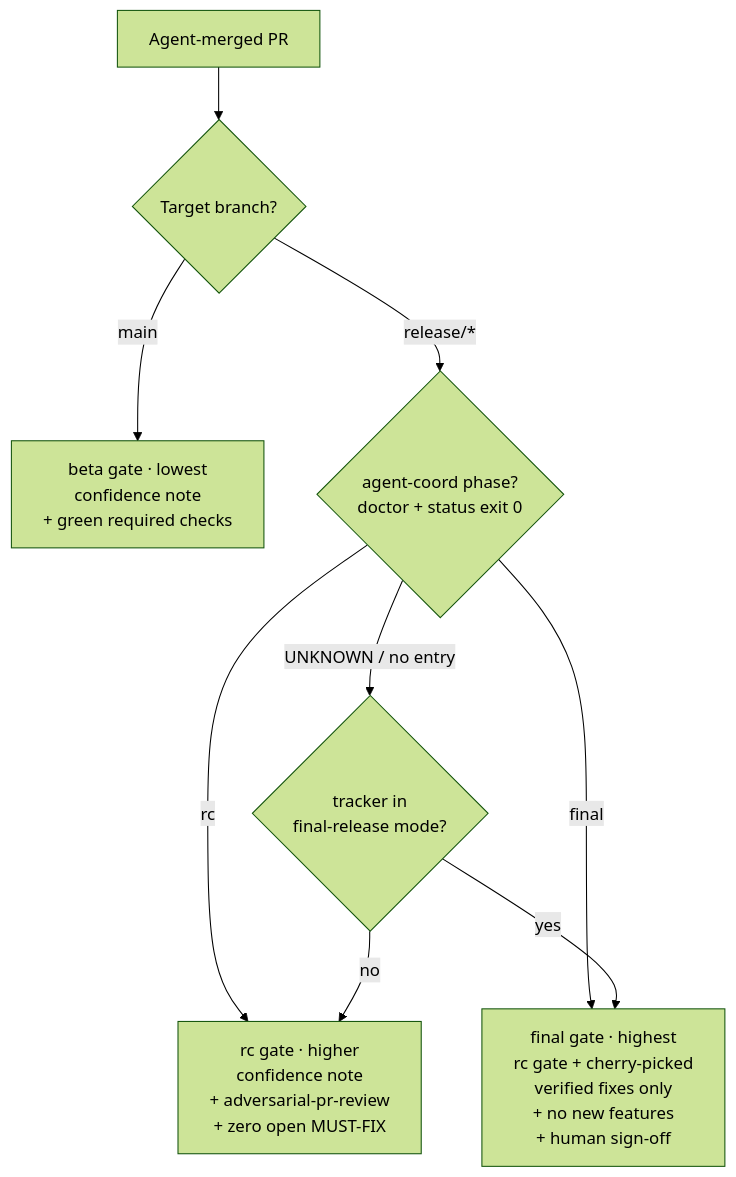
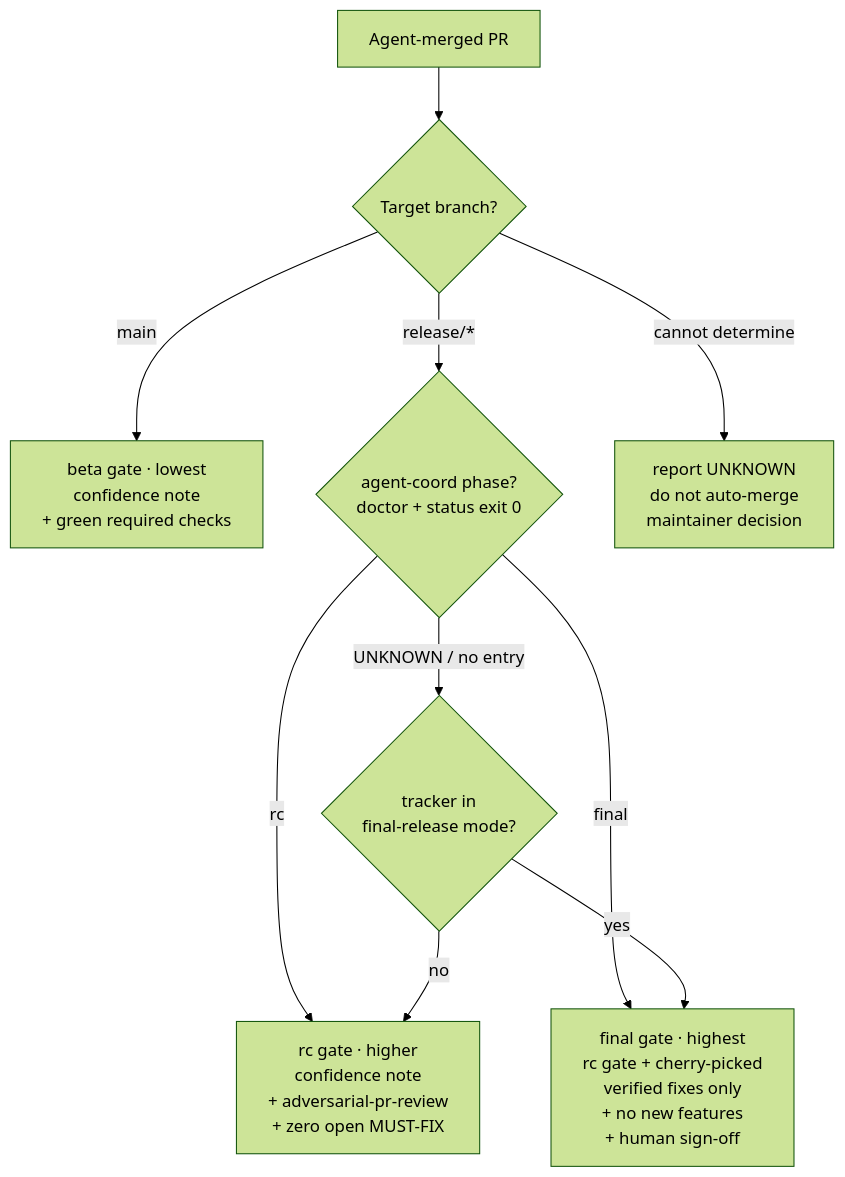
The third of 3 diagrams in internal/contributor-info/release-train-runbook.md (shakacode/react_on_rails), drawn with Mermaid (forest theme) before and after one commit.

Commit message:
docs: add the "cannot determine target" exit to the gate diagram
Mirror the documented fallback step 3 (cannot determine the target/tracker ->
report UNKNOWN, do not auto-merge, maintainer decision), which the gate-selection
diagram previously omitted (claude review). The diagram now shows all three
target cases the prose specifies, not just main and release/*.

````diff
--- a/internal/contributor-info/release-train-runbook.md
+++ b/internal/contributor-info/release-train-runbook.md
@@ -310,11 +310,12 @@
 ```mermaid
 flowchart TD
     PR["Agent-merged PR"] --> T{"Target branch?"}
     T -->|"main"| BETA["beta gate · lowest<br/>confidence note<br/>+ green required checks"]
     T -->|"release/*"| AC{"agent-coord phase?<br/>doctor + status exit 0"}
+    T -->|"cannot determine"| NOAM["report UNKNOWN<br/>do not auto-merge<br/>maintainer decision"]
     AC -->|"rc"| RC["rc gate · higher<br/>confidence note<br/>+ adversarial-pr-review<br/>+ zero open MUST-FIX"]
     AC -->|"final"| FINAL["final gate · highest<br/>rc gate + cherry-picked<br/>verified fixes only<br/>+ no new features<br/>+ human sign-off"]
     AC -->|"UNKNOWN / no entry"| FB{"tracker in<br/>final-release mode?"}
     FB -->|"no"| RC
     FB -->|"yes"| FINAL
 ```
````
